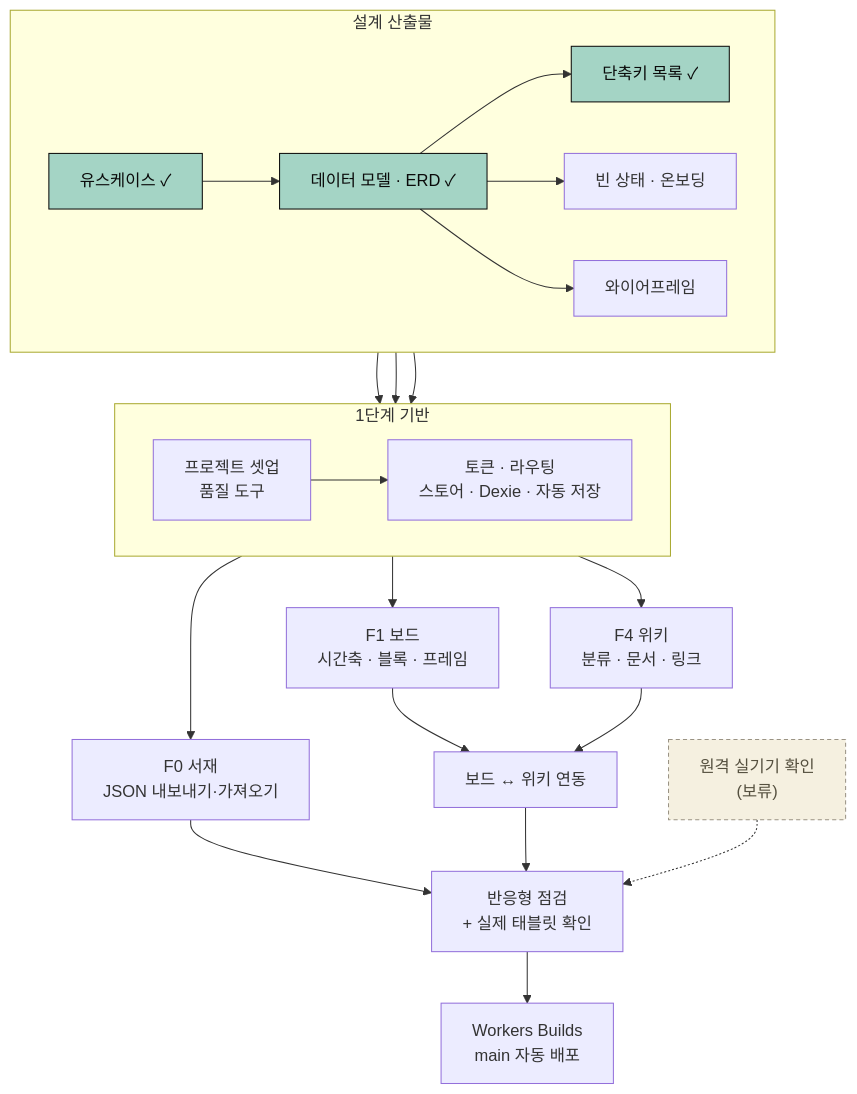
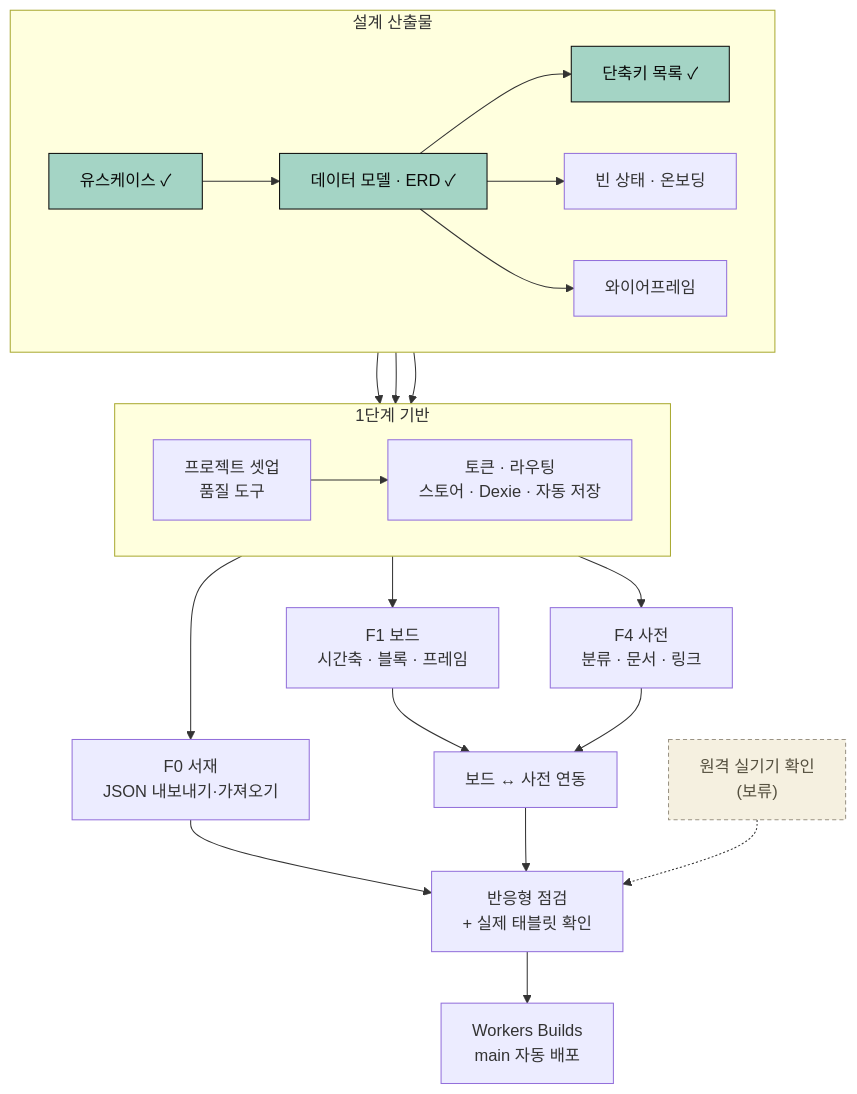
The diagram in docs/TODO.md (kty2001/NovelStory), drawn with Mermaid before and after one commit. The commit also changed other lines of this file and 17 other files, not shown here.

````diff
--- a/docs/TODO.md
+++ b/docs/TODO.md
@@ -5,32 +5,32 @@
 ```mermaid
 %%{init: {"flowchart": {"wrappingWidth": 320}}}%%
 flowchart TB
     subgraph DESIGN["설계 산출물"]
         direction LR
         UC["유스케이스 ✓"]:::done --> DM["데이터 모델 · ERD ✓"]:::done
         DM --> SC["단축키 목록 ✓"]:::done
         DM --> ON["빈 상태 · 온보딩"]
         DM --> WF["와이어프레임"]
     end
 
     subgraph BASE["1단계 기반"]
         direction LR
         SETUP["프로젝트 셋업<br/>품질 도구"] --> CORE["토큰 · 라우팅<br/>스토어 · Dexie · 자동 저장"]
     end
 
     SC --> SETUP
     ON --> SETUP
     WF --> SETUP
     CORE --> F0["F0 서재<br/>JSON 내보내기·가져오기"]
     CORE --> F1["F1 보드<br/>시간축 · 블록 · 프레임"]
-    CORE --> F4["F4 위키<br/>분류 · 문서 · 링크"]
-    F1 --> LINK["보드 ↔ 위키 연동"]
+    CORE --> F4["F4 사전<br/>분류 · 문서 · 링크"]
+    F1 --> LINK["보드 ↔ 사전 연동"]
     F4 --> LINK
     F0 --> QA["반응형 점검<br/>+ 실제 태블릿 확인"]
     LINK --> QA
     REMOTE["원격 실기기 확인<br/>(보류)"]:::hold -.-> QA
     QA --> DEPLOY["Workers Builds<br/>main 자동 배포"]
 
     classDef done fill:#a4d4c5,stroke:#0a0a0a,color:#0a0a0a
     classDef hold fill:#f5f0e0,stroke:#9a9384,color:#55503f,stroke-dasharray:4 3
 ```
````
